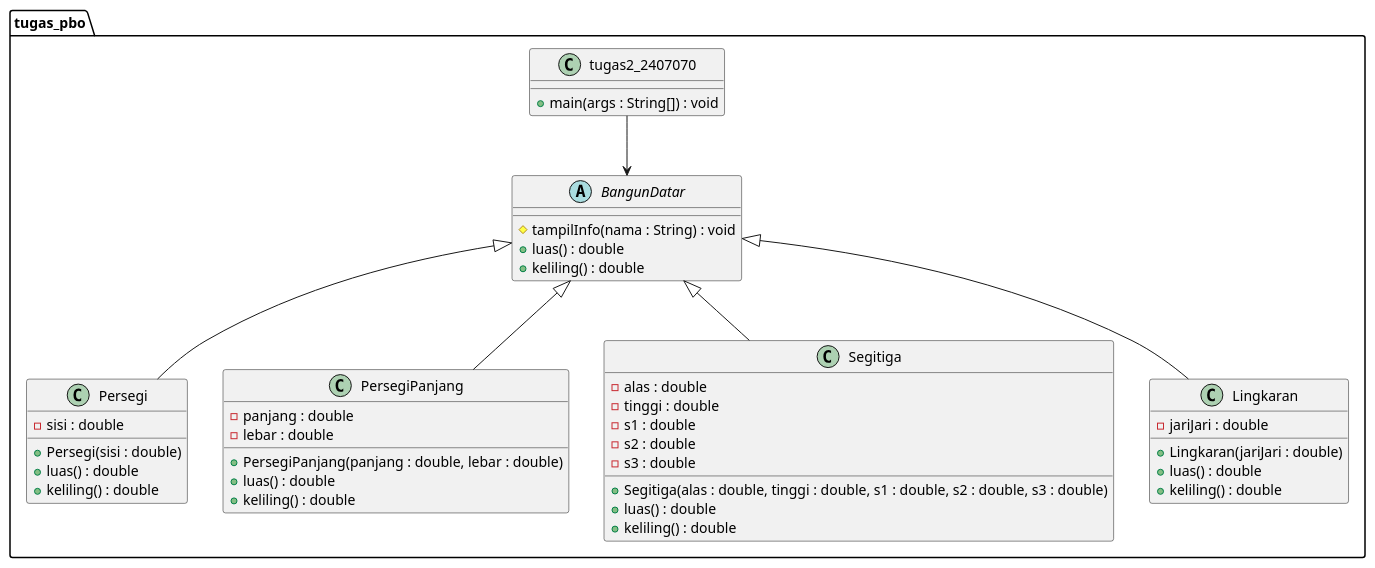
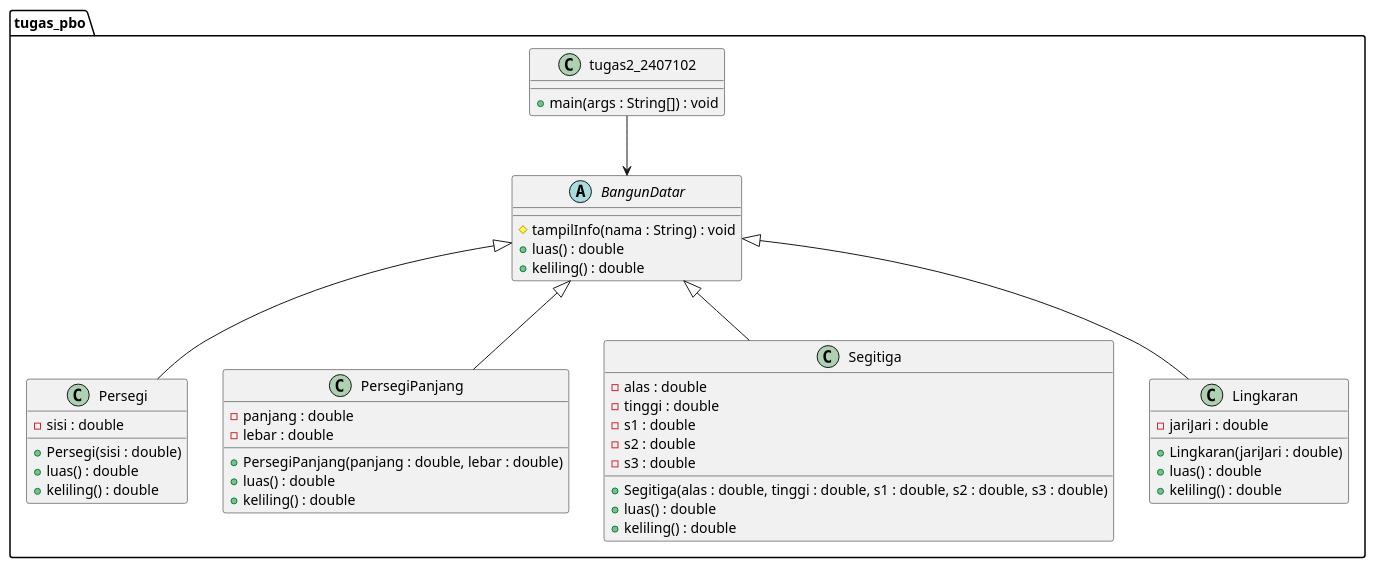
Before and after one commit to panjigmlng20-a11y/PBO_2407102: the diagram in latihan_2407102/src/latihanpbo/tugas_pbo/diagram.puml, drawn with PlantUML. The commit also changed 12 other files, not shown here.

```diff
--- a/latihan_2407102/src/latihanpbo/tugas_pbo/diagram.puml
+++ b/latihan_2407102/src/latihanpbo/tugas_pbo/diagram.puml
@@ -1,57 +1,57 @@
 @startuml
 
 package tugas_pbo {
 
 abstract class BangunDatar {
     # tampilInfo(nama : String) : void
     + luas() : double
     + keliling() : double
 }
 
 class Persegi {
     - sisi : double
     + Persegi(sisi : double)
     + luas() : double
     + keliling() : double
 }
 
 class PersegiPanjang {
     - panjang : double
     - lebar : double
     + PersegiPanjang(panjang : double, lebar : double)
     + luas() : double
     + keliling() : double
 }
 
 class Segitiga {
     - alas : double
     - tinggi : double
     - s1 : double
     - s2 : double
     - s3 : double
     + Segitiga(alas : double, tinggi : double, s1 : double, s2 : double, s3 : double)
     + luas() : double
     + keliling() : double
 }
 
 class Lingkaran {
     - jariJari : double
     + Lingkaran(jariJari : double)
     + luas() : double
     + keliling() : double
 }
 
-class tugas2_2407070 {
+class tugas2_2407102 {
     + main(args : String[]) : void
 }
 
 BangunDatar <|-- Persegi
 BangunDatar <|-- PersegiPanjang
 BangunDatar <|-- Segitiga
 BangunDatar <|-- Lingkaran
 
-tugas2_2407070 --> BangunDatar
+tugas2_2407102 --> BangunDatar
 
 }
 
 @enduml
```
